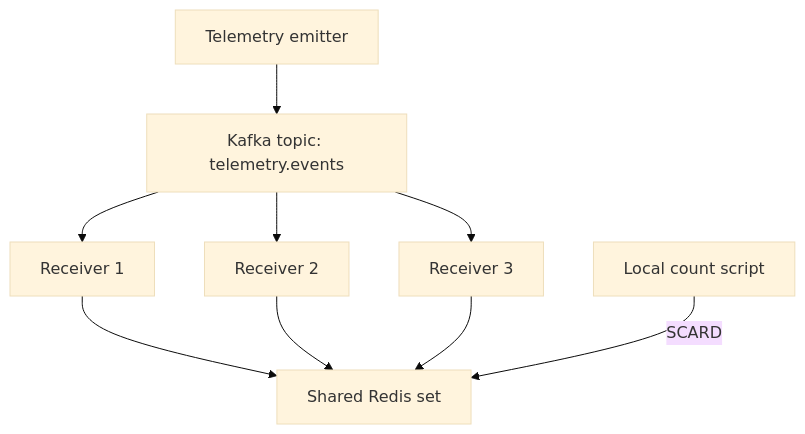
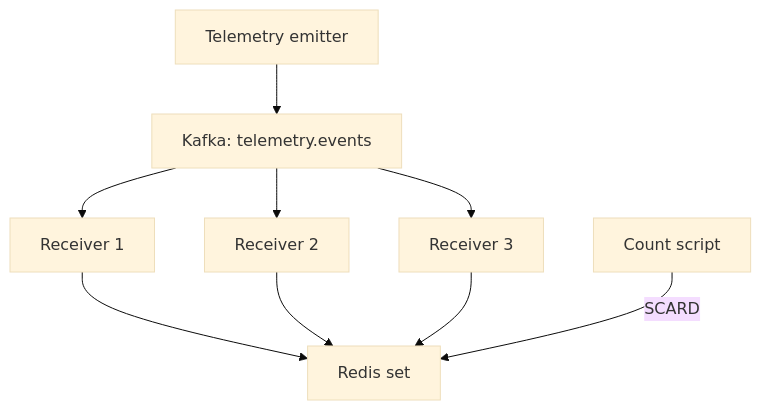
The diagram in README.md (CepedaBrayan/lumu-telemetry-tracker), drawn with Mermaid (base theme) before and after one commit. The commit also changed other lines of this file and 1 other file, not shown here.

````diff
--- a/README.md
+++ b/README.md
@@ -15,11 +17,11 @@
 ```mermaid
 flowchart TD
-    E["Telemetry emitter"] --> K["Kafka topic: telemetry.events"]
+    E["Telemetry emitter"] --> K["Kafka: telemetry.events"]
     K --> A["Receiver 1"]
     K --> B["Receiver 2"]
     K --> C["Receiver 3"]
-    A --> R["Shared Redis set"]
+    A --> R["Redis set"]
     B --> R
     C --> R
-    S["Local count script"] -->|SCARD| R
+    S["Count script"] -->|SCARD| R
 ```
````
